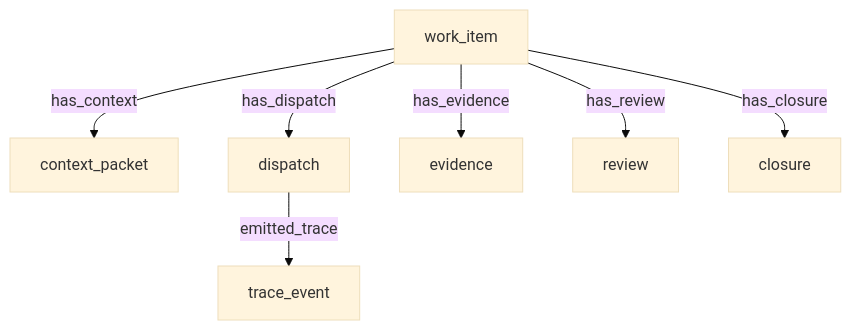
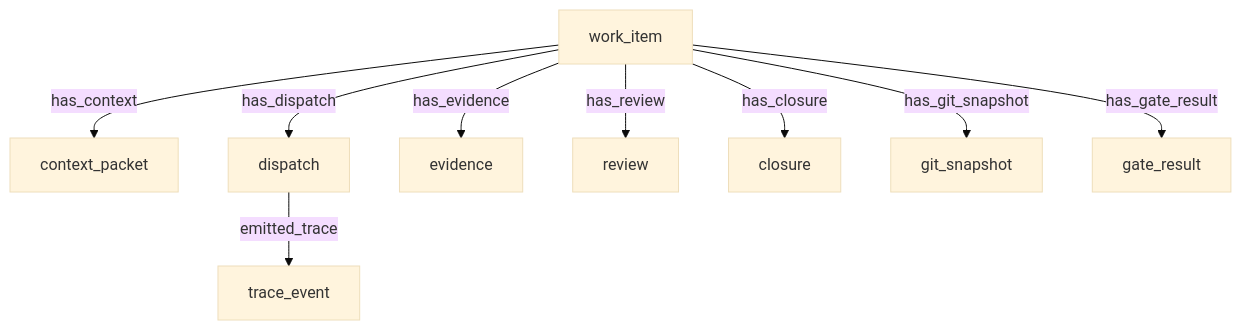
One commit to Mikhail-Shakhnazarov/earmark-kernel changed the diagram in docs/concepts/native-orchestration.md. Above: the diagram before and after it, drawn with Mermaid (base theme). The commit also changed other lines of this file and 23 other files, not shown here.

````diff
--- a/docs/concepts/native-orchestration.md
+++ b/docs/concepts/native-orchestration.md
@@ -13,9 +13,11 @@
 ```mermaid
 graph TD
     WI[work_item] -->|has_context| CP[context_packet]
     WI -->|has_dispatch| DP[dispatch]
     WI -->|has_evidence| EV[evidence]
     WI -->|has_review| RV[review]
     WI -->|has_closure| CL[closure]
+    WI -->|has_git_snapshot| GS[git_snapshot]
+    WI -->|has_gate_result| GR[gate_result]
     DP -->|emitted_trace| TE[trace_event]
 ```
````
